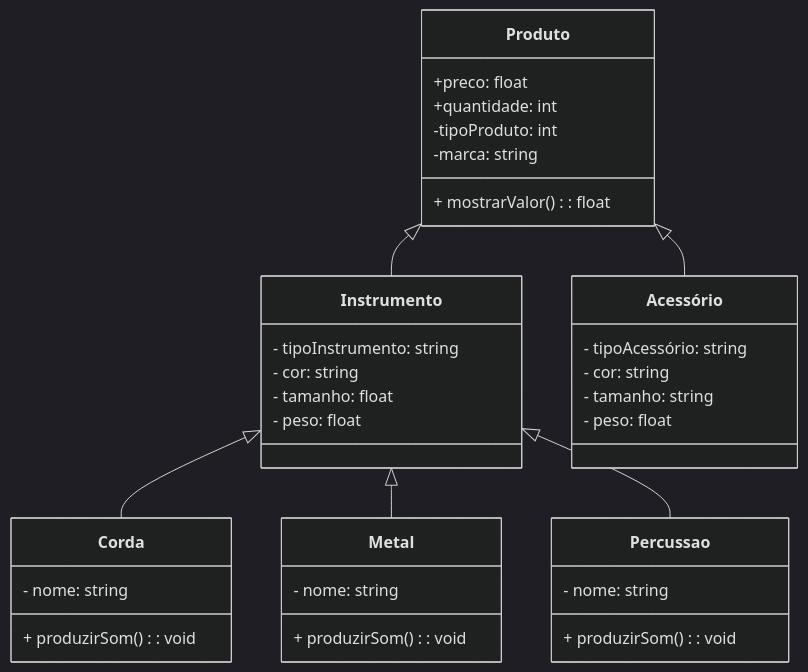
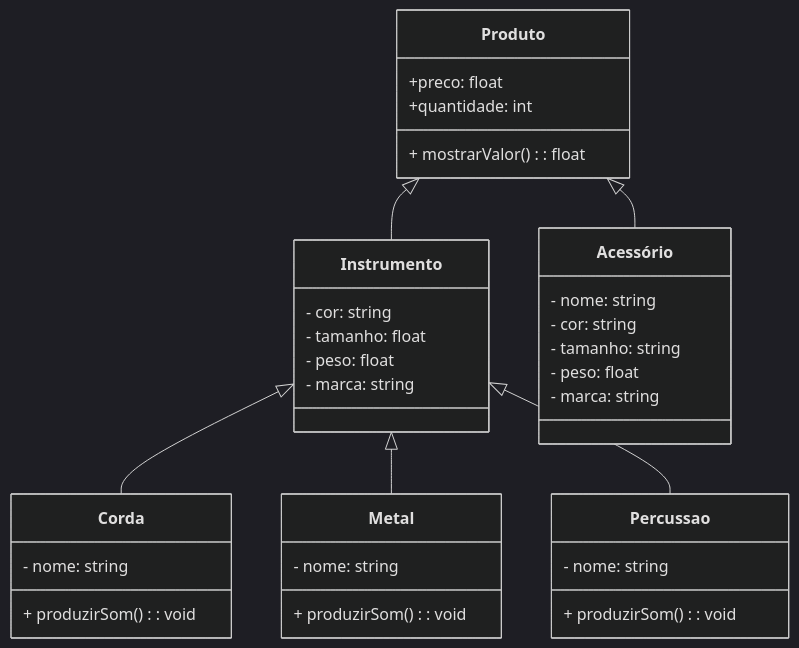
One commit to LucasQueiroz10/poojavaceub-grupo-7 changed the diagram in Produto.md. Above: the diagram before and after it, drawn with Mermaid (dark theme).

````diff
--- a/Produto.md
+++ b/Produto.md
@@ -1,42 +1,41 @@
 ```mermaid
 classDiagram
   class Produto {
   +preco: float
   +quantidade: int
-  -tipoProduto: int
-  -marca: string
   + mostrarValor(): float
 }
   class Instrumento {
-  - tipoInstrumento: string
   - cor: string
   - tamanho: float
   - peso: float
+  - marca: string
 }
   class Acessório {
-  - tipoAcessório: string
+  - nome: string
   - cor: string
   - tamanho: string
   - peso: float
+  - marca: string
   }
 Produto <|-- Instrumento
 Produto <|-- Acessório
 
   class Corda {
   - nome: string
   + produzirSom(): void
 }
   class Metal {
   - nome: string
   + produzirSom(): void
 }
   class Percussao {
   - nome: string
   + produzirSom(): void
 }
 
 Instrumento <|-- Corda
 Instrumento <|-- Metal
 Instrumento <|-- Percussao
 
 ```
````
